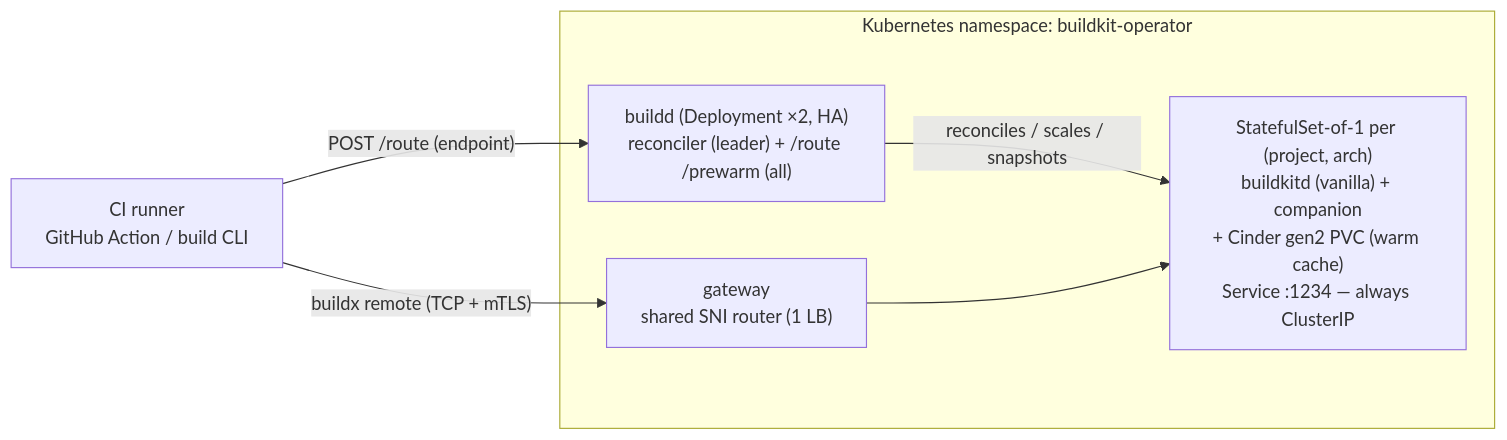
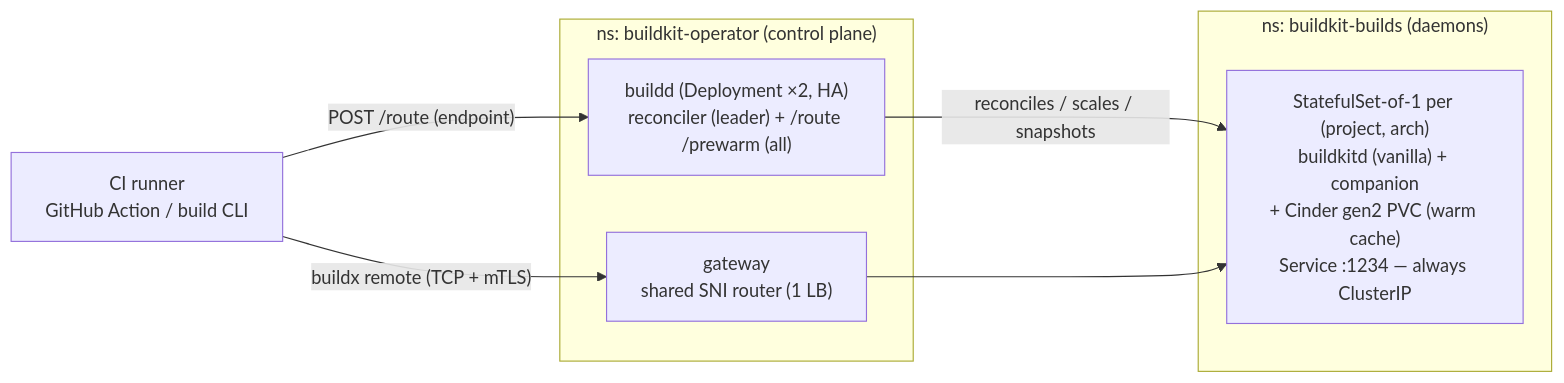
Before and after one commit to SocialGouv/buildkit-operator: the diagram in docs/architecture.md, drawn with Mermaid. The commit also changed other lines of this file and 31 other files, not shown here.

````diff
--- a/docs/architecture.md
+++ b/docs/architecture.md
@@ -8,13 +8,15 @@
 ```mermaid
 flowchart LR
     ci["CI runner<br/>GitHub Action / build CLI"]
-    subgraph ns["Kubernetes namespace: buildkit-operator"]
+    subgraph op["ns: buildkit-operator (control plane)"]
         buildd["buildd (Deployment ×2, HA)<br/>reconciler (leader) + /route /prewarm (all)"]
         gw["gateway<br/>shared SNI router (1 LB)"]
+    end
+    subgraph builds["ns: buildkit-builds (daemons)"]
         sts["StatefulSet-of-1 per (project, arch)<br/>buildkitd (vanilla) + companion<br/>+ Cinder gen2 PVC (warm cache)<br/>Service :1234 — always ClusterIP"]
-        buildd -- "reconciles / scales / snapshots" --> sts
-        gw --> sts
     end
+    buildd -- "reconciles / scales / snapshots" --> sts
+    gw --> sts
     ci -- "POST /route (endpoint)" --> buildd
     ci -- "buildx remote (TCP + mTLS)" --> gw
 ```
````
